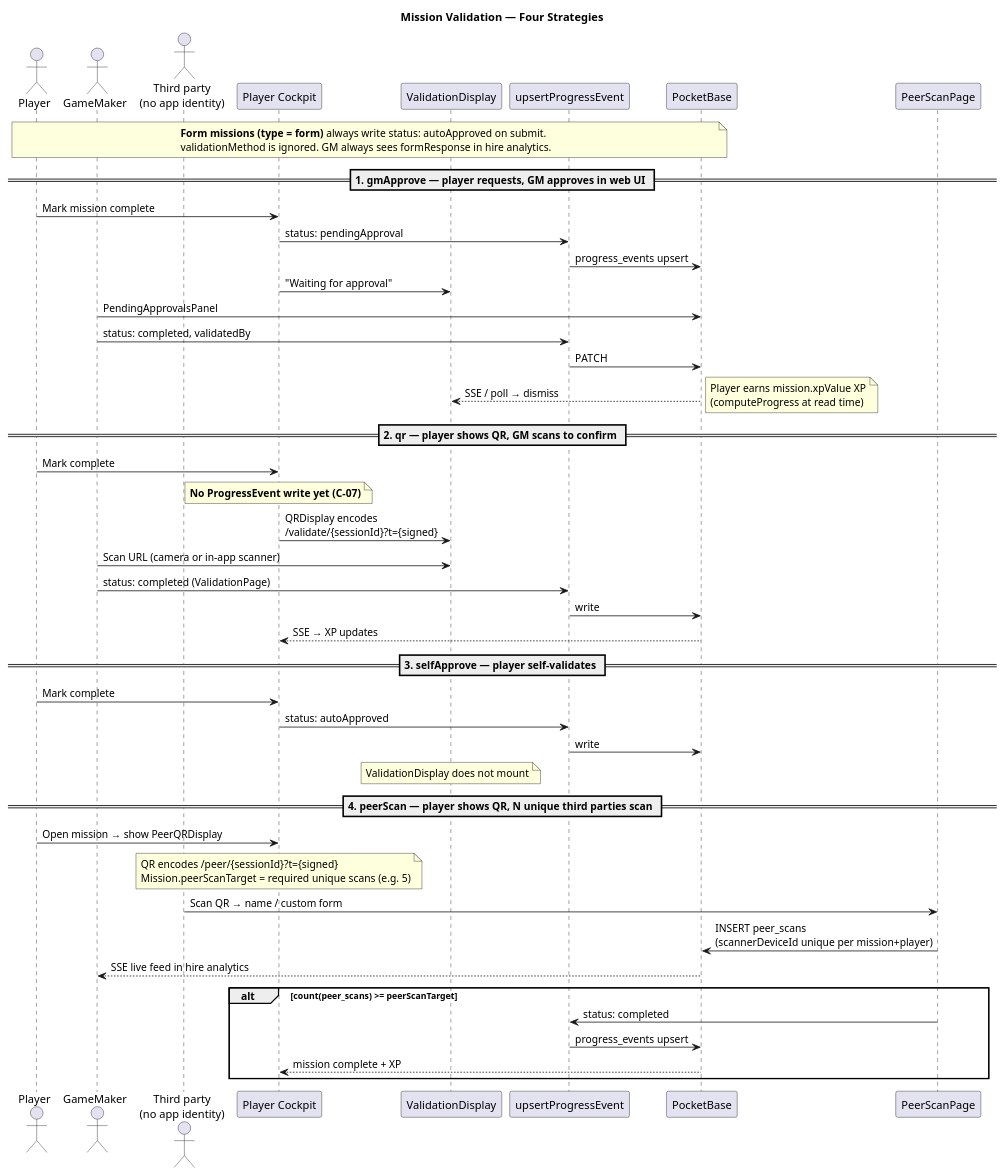
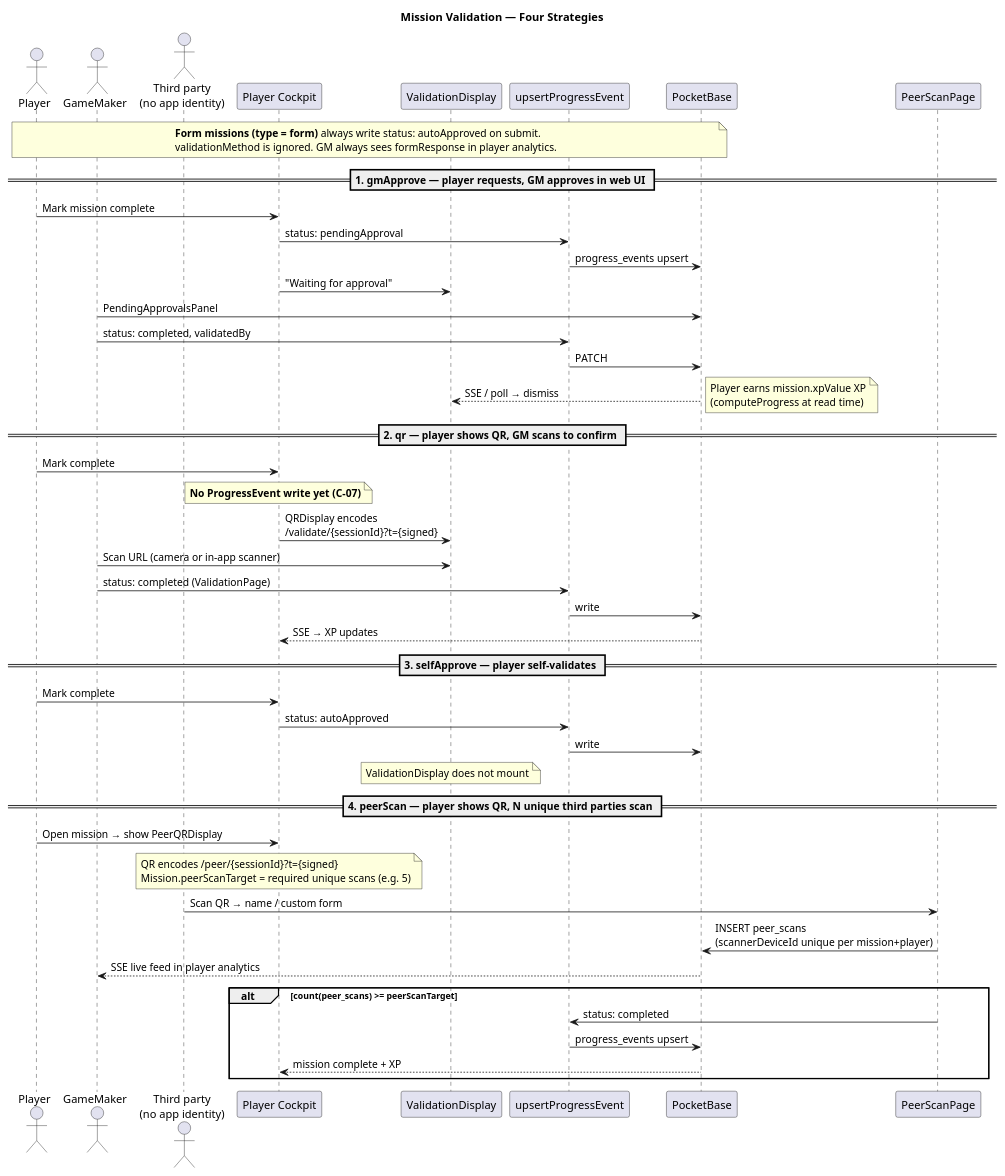
Before and after one commit to hoonsubin/messe-buddy-app: the diagram in docs/mission-validation-flow.puml, drawn with PlantUML. The commit also changed 16 other files, not shown here.

Commit message:
update diagrams

```diff
--- a/docs/mission-validation-flow.puml
+++ b/docs/mission-validation-flow.puml
@@ -1,65 +1,65 @@
 @startuml diagram_mission_validation
 title Mission Validation — Four Strategies
 
 actor Player
 actor GameMaker
 actor ThirdParty as "Third party\n(no app identity)"
 participant Cockpit as "Player Cockpit"
 participant ValidationDisplay as "ValidationDisplay"
 participant upsert as "upsertProgressEvent"
 participant PB as "PocketBase"
 participant PeerPage as "PeerScanPage"
 
 note over Player, PB
   **Form missions (type = form)** always write status: autoApproved on submit.
-  validationMethod is ignored. GM always sees formResponse in hire analytics.
+  validationMethod is ignored. GM always sees formResponse in player analytics.
 end note
 
 == 1. gmApprove — player requests, GM approves in web UI ==
 
 Player -> Cockpit : Mark mission complete
 Cockpit -> upsert : status: pendingApproval
 upsert -> PB : progress_events upsert
 Cockpit -> ValidationDisplay : "Waiting for approval"
 GameMaker -> PB : PendingApprovalsPanel
 GameMaker -> upsert : status: completed, validatedBy
 upsert -> PB : PATCH
 PB --> ValidationDisplay : SSE / poll → dismiss
 note right : Player earns mission.xpValue XP\n(computeProgress at read time)
 
 == 2. qr — player shows QR, GM scans to confirm ==
 
 Player -> Cockpit : Mark complete
 note over Cockpit : **No ProgressEvent write yet (C-07)**
 Cockpit -> ValidationDisplay : QRDisplay encodes\n/validate/{sessionId}?t={signed}
 GameMaker -> ValidationDisplay : Scan URL (camera or in-app scanner)
 GameMaker -> upsert : status: completed (ValidationPage)
 upsert -> PB : write
 PB --> Cockpit : SSE → XP updates
 
 == 3. selfApprove — player self-validates ==
 
 Player -> Cockpit : Mark complete
 Cockpit -> upsert : status: autoApproved
 upsert -> PB : write
 note over ValidationDisplay : ValidationDisplay does not mount
 
 == 4. peerScan — player shows QR, N unique third parties scan ==
 
 Player -> Cockpit : Open mission → show PeerQRDisplay
 note over Cockpit
   QR encodes /peer/{sessionId}?t={signed}
   Mission.peerScanTarget = required unique scans (e.g. 5)
 end note
 
 ThirdParty -> PeerPage : Scan QR → name / custom form
 PeerPage -> PB : INSERT peer_scans\n(scannerDeviceId unique per mission+player)
-PB --> GameMaker : SSE live feed in hire analytics
+PB --> GameMaker : SSE live feed in player analytics
 
 alt count(peer_scans) >= peerScanTarget
   PeerPage -> upsert : status: completed
   upsert -> PB : progress_events upsert
   PB --> Cockpit : mission complete + XP
 end
 
 @enduml
```
